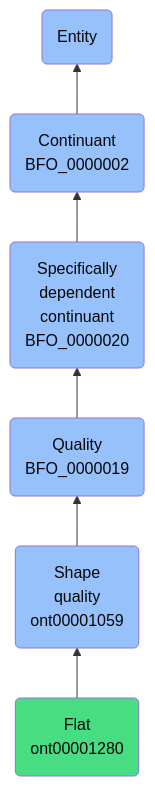
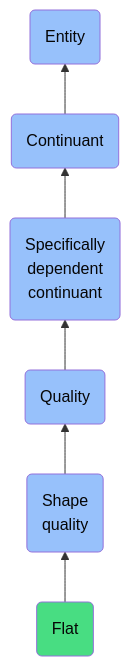
One commit to jupyter-naas/abi changed the diagram in docs/ontology/reference/model/Entity/Continuant/Specifically dependent continuant/Quality/Shape quality/Flat/Flat.md. Above: the diagram before and after it, drawn with Mermaid. The commit also changed other lines of this file and 1430 other files, not shown here.

````diff
--- a/docs/ontology/reference/model/Entity/Continuant/Specifically dependent continuant/Quality/Shape quality/Flat/Flat.md
+++ b/docs/ontology/reference/model/Entity/Continuant/Specifically dependent continuant/Quality/Shape quality/Flat/Flat.md
@@ -24,13 +24,13 @@
 ```mermaid
 graph BT
-    ont00001280(Flat<br>ont00001280):::ABI-->ont00001059
-    ont00001059(Shape<br>quality<br>ont00001059):::BFO-->BFO_0000019
-    BFO_0000019(Quality<br>BFO_0000019):::BFO-->BFO_0000020
-    BFO_0000020(Specifically<br>dependent<br>continuant<br>BFO_0000020):::BFO-->BFO_0000002
-    BFO_0000002(Continuant<br>BFO_0000002):::BFO-->BFO_0000001
+    ont00001280(Flat):::ABI-->ont00001059
+    ont00001059(Shape<br>quality):::BFO-->BFO_0000019
+    BFO_0000019(Quality):::BFO-->BFO_0000020
+    BFO_0000020(Specifically<br>dependent<br>continuant):::BFO-->BFO_0000002
+    BFO_0000002(Continuant):::BFO-->BFO_0000001
     BFO_0000001(Entity):::BFO
     
     classDef BFO fill:#97c1fb,color:#060606
     classDef CCO fill:#e4c51e,color:#060606
     classDef ABI fill:#48DD82,color:#060606
 ```
````
